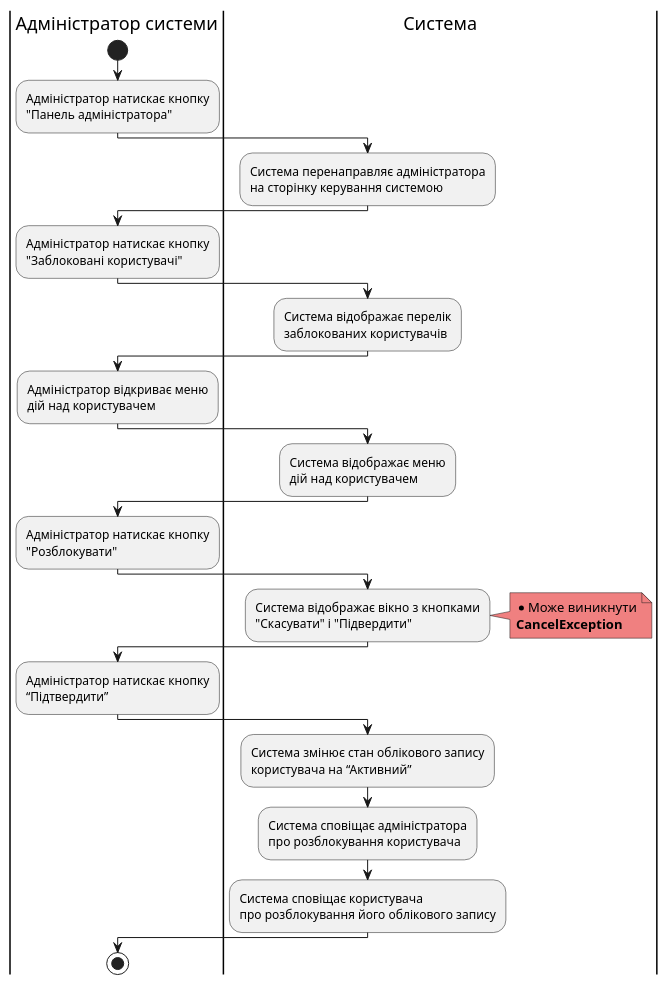
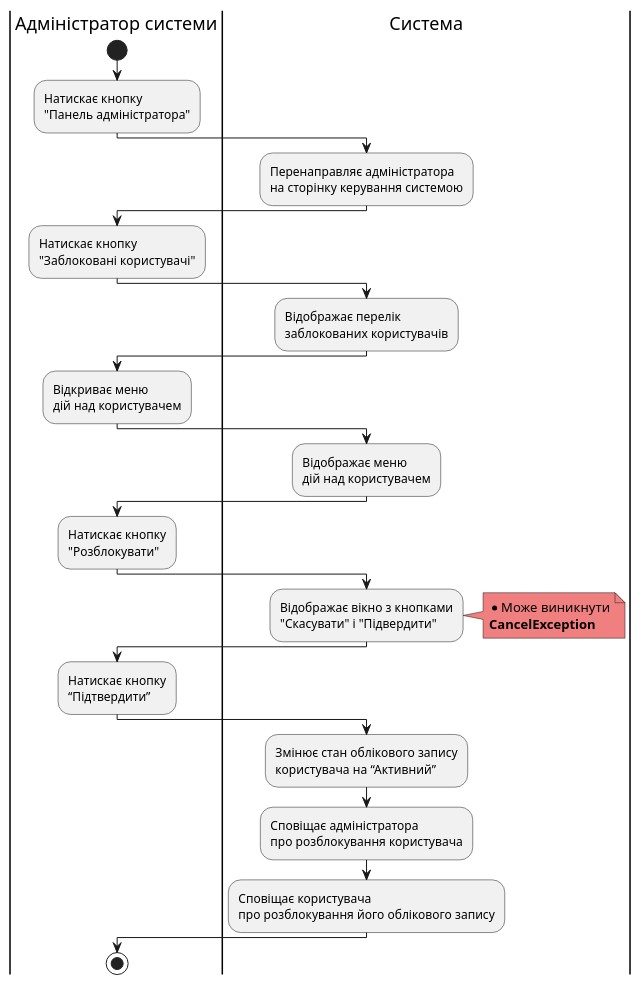
Before and after one commit to samoilenkomariia/db-coursework: the eighth of 9 diagrams in docs/use cases/README.md, drawn with PlantUML. The commit also changed other lines of this file, not shown here.

Commit message:
edited activity diagrams README.md

```diff
--- a/docs/use cases/README.md
+++ b/docs/use cases/README.md
@@ -314,33 +314,33 @@
 @startuml
     
       |Адміністратор системи|
       start
-      :Адміністратор натискає кнопку\n"Панель адміністратора";
+      :Натискає кнопку\n"Панель адміністратора";
       |Система|
-      :Система перенаправляє адміністратора\nна сторінку керування системою;
+      :Перенаправляє адміністратора\nна сторінку керування системою;
       |Адміністратор системи|
-      :Адміністратор натискає кнопку\n"Заблоковані користувачі";
+      :Натискає кнопку\n"Заблоковані користувачі";
       |Система|
-      :Система відображає перелік\nзаблокованих користувачів;
+      :Відображає перелік\nзаблокованих користувачів;
       |Адміністратор системи|
-      :Адміністратор відкриває меню\nдій над користувачем;
+      :Відкриває меню\nдій над користувачем;
       |Система|
-      :Система відображає меню\nдій над користувачем;
+      :Відображає меню\nдій над користувачем;
       |Адміністратор системи|
-      :Адміністратор натискає кнопку\n"Розблокувати";
+      :Натискає кнопку\n"Розблокувати";
       |Система|
-      :Система відображає вікно з кнопками\n"Скасувати" і "Підвердити";
+      :Відображає вікно з кнопками\n"Скасувати" і "Підвердити";
       note right #lightcoral
         * Може виникнути
         <b>CancelException</b>
       end note
       |Адміністратор системи|
-      :Адміністратор натискає кнопку\n“Підтвердити”;
+      :Натискає кнопку\n“Підтвердити”;
       |Система|
-      :Система змінює стан облікового запису\nкористувача на “Активний”;
-      :Система сповіщає адміністратора\nпро розблокування користувача;
-      :Система сповіщає користувача\nпро розблокування його облікового запису;
+      :Змінює стан облікового запису\nкористувача на “Активний”;
+      :Сповіщає адміністратора\nпро розблокування користувача;
+      :Сповіщає користувача\nпро розблокування його облікового запису;
       |Адміністратор системи|
       stop
 
 @enduml
```
